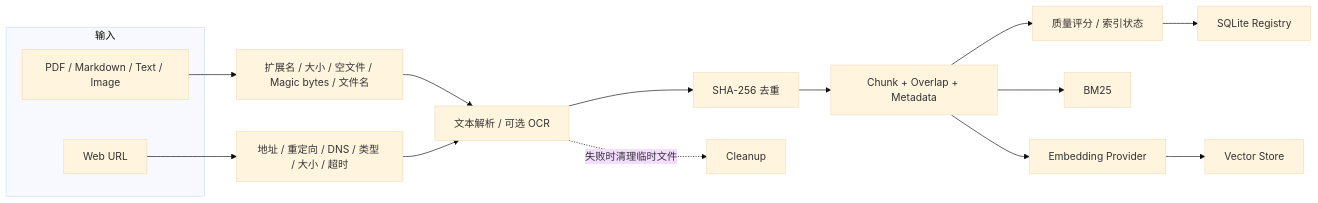
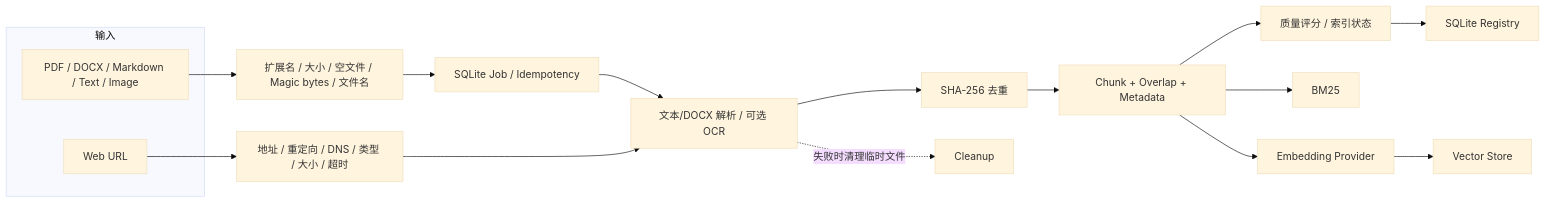
Before and after one commit to 728792899-create/personal-multimodal-rag: the second of 5 diagrams in docs/architecture.md, drawn with Mermaid (base theme). The commit also changed other lines of this file and 91 other files, not shown here.

````diff
--- a/docs/architecture.md
+++ b/docs/architecture.md
@@ -83,20 +88,21 @@
 ```mermaid
 flowchart LR
   subgraph INPUT["输入"]
-    FILE["PDF / Markdown / Text / Image"]
+    FILE["PDF / DOCX / Markdown / Text / Image"]
     URL["Web URL"]
   end
 
   FILE --> FGUARD["扩展名 / 大小 / 空文件 / Magic bytes / 文件名"]
   URL --> UGUARD["地址 / 重定向 / DNS / 类型 / 大小 / 超时"]
-  FGUARD --> PARSE["文本解析 / 可选 OCR"]
+  FGUARD --> JOB["SQLite Job / Idempotency"]
+  JOB --> PARSE["文本/DOCX 解析 / 可选 OCR"]
   UGUARD --> PARSE
   PARSE --> HASH["SHA-256 去重"]
   HASH --> CHUNK["Chunk + Overlap + Metadata"]
   CHUNK --> QUALITY["质量评分 / 索引状态"]
   CHUNK --> BM25["BM25"]
   CHUNK --> EMBED["Embedding Provider"]
   EMBED --> VECTOR["Vector Store"]
   QUALITY --> REGISTRY["SQLite Registry"]
   PARSE -. "失败时清理临时文件" .-> CLEANUP["Cleanup"]
 ```
````
